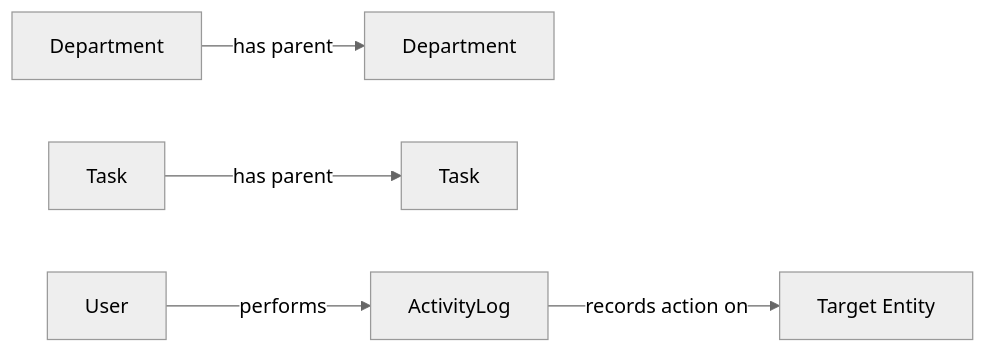
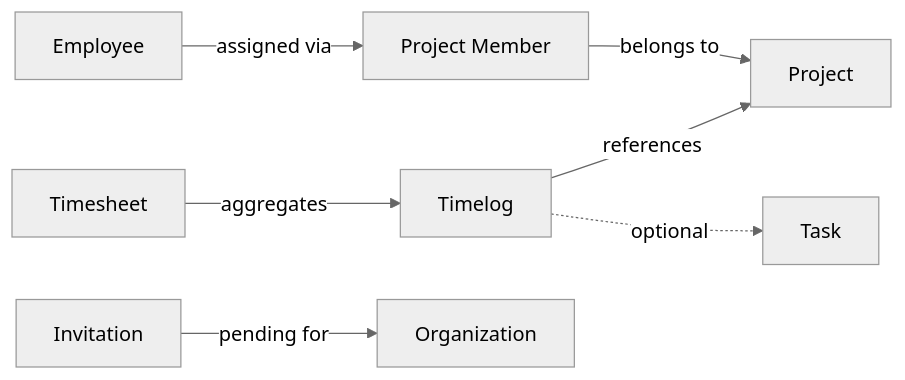
The eighth of 14 diagrams in z-ai/glm-5/erp/docs/analysis/02-domain-model.md (wrtnlabs/autobe-examples), drawn with Mermaid (neutral theme) before and after one commit. The commit also changed other lines of this file and 3761 other files, not shown here.

````diff
--- a/z-ai/glm-5/erp/docs/analysis/02-domain-model.md
+++ b/z-ai/glm-5/erp/docs/analysis/02-domain-model.md
@@ -536,7 +544,9 @@
 ```mermaid
 flowchart LR
-    A["Department"] -->|"has parent"| B["Department"]
-    C["Task"] -->|"has parent"| D["Task"]
-    E["User"] -->|"performs"| F["ActivityLog"]
-    F -->|"records action on"| G["Target Entity"]
+    E["Employee"] -->|"assigned via"| PM["Project Member"]
+    PM -->|"belongs to"| P["Project"]
+    TL["Timelog"] -->|"references"| P
+    TL -.->|"optional"| T["Task"]
+    TS["Timesheet"] -->|"aggregates"| TL
+    I["Invitation"] -->|"pending for"| O["Organization"]
 ```
````
